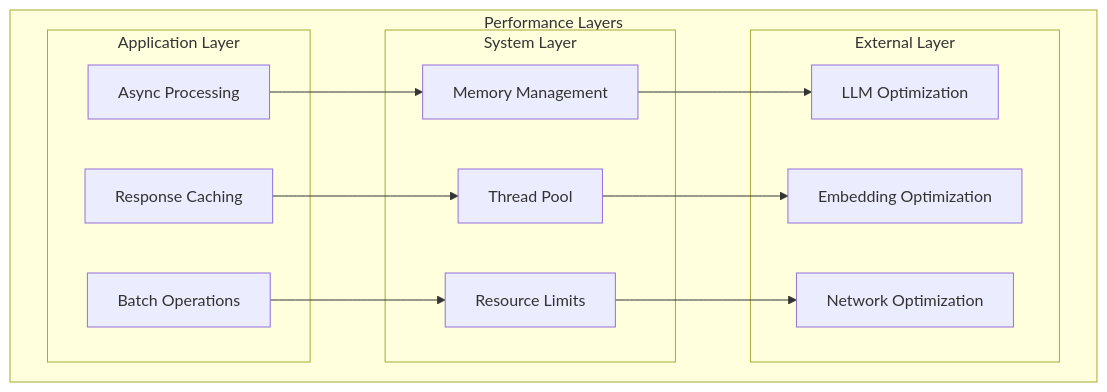
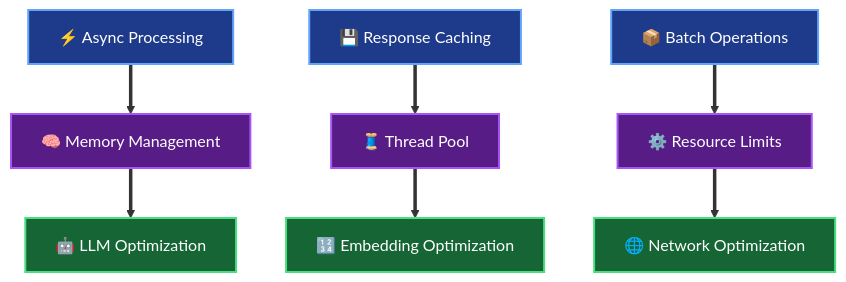
Before and after one commit to usathyan/paper-qa-ui: diagram 14 of 18 in docs/DEVELOPER.md, drawn with Mermaid. The commit also changed other lines of this file, not shown here.

````diff
--- a/docs/DEVELOPER.md
+++ b/docs/DEVELOPER.md
@@ -786,30 +786,35 @@
 ```mermaid
-graph TB
-    subgraph "Performance Layers"
-        subgraph "Application Layer"
-            ASYNC[Async Processing]
-            CACHING[Response Caching]
-            BATCHING[Batch Operations]
-        end
-        
-        subgraph "System Layer"
-            MEMORY[Memory Management]
-            THREADING[Thread Pool]
-            RESOURCE[Resource Limits]
-        end
-        
-        subgraph "External Layer"
-            LLM_OPT[LLM Optimization]
-            EMB_OPT[Embedding Optimization]
-            NETWORK[Network Optimization]
-        end
-    end
+flowchart TD
+    %% Application Layer
+    ASYNC[⚡ Async Processing]
+    CACHING[💾 Response Caching]
+    BATCHING[📦 Batch Operations]
     
-    ASYNC --> MEMORY
-    CACHING --> THREADING
-    BATCHING --> RESOURCE
+    %% System Layer
+    MEMORY[🧠 Memory Management]
+    THREADING[🧵 Thread Pool]
+    RESOURCE[⚙️ Resource Limits]
     
-    MEMORY --> LLM_OPT
-    THREADING --> EMB_OPT
-    RESOURCE --> NETWORK
+    %% External Layer
+    LLM_OPT[🤖 LLM Optimization]
+    EMB_OPT[🔢 Embedding Optimization]
+    NETWORK[🌐 Network Optimization]
+    
+    %% Flow
+    ASYNC ==> MEMORY
+    CACHING ==> THREADING
+    BATCHING ==> RESOURCE
+    
+    MEMORY ==> LLM_OPT
+    THREADING ==> EMB_OPT
+    RESOURCE ==> NETWORK
+    
+    %% Styling
+    classDef appStyle fill:#1e3a8a,stroke:#60a5fa,stroke-width:2px,color:#ffffff
+    classDef systemStyle fill:#581c87,stroke:#a855f7,stroke-width:2px,color:#ffffff
+    classDef externalStyle fill:#166534,stroke:#4ade80,stroke-width:2px,color:#ffffff
+    
+    class ASYNC,CACHING,BATCHING appStyle
+    class MEMORY,THREADING,RESOURCE systemStyle
+    class LLM_OPT,EMB_OPT,NETWORK externalStyle
 ```
````
